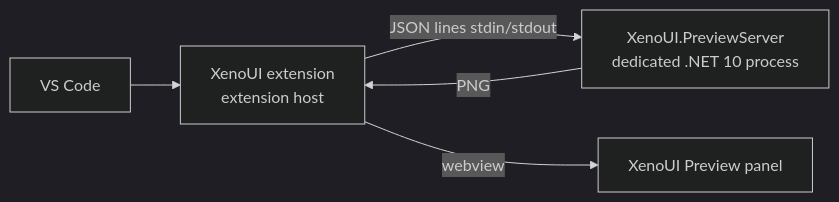
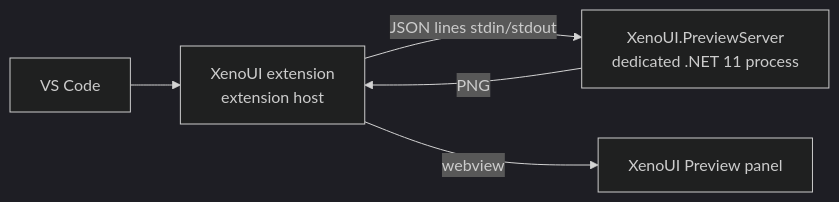
One commit to Eel2000/XenoUI.Docs changed the diagram in docs/en/vscode.md. Above: the diagram before and after it, drawn with Mermaid (dark theme). The commit also changed other lines of this file and 30 other files, not shown here.

````diff
--- a/docs/en/vscode.md
+++ b/docs/en/vscode.md
@@ -58,7 +58,7 @@
 ```mermaid
 flowchart LR
     Code[VS Code] --> Ext[XenoUI extension<br/>extension host]
-    Ext -- JSON lines stdin/stdout --> Srv[XenoUI.PreviewServer<br/>dedicated .NET 10 process]
+    Ext -- JSON lines stdin/stdout --> Srv[XenoUI.PreviewServer<br/>dedicated .NET 11 process]
     Srv -- PNG --> Ext
     Ext -- webview --> Panel[XenoUI Preview panel]
 ```
````
